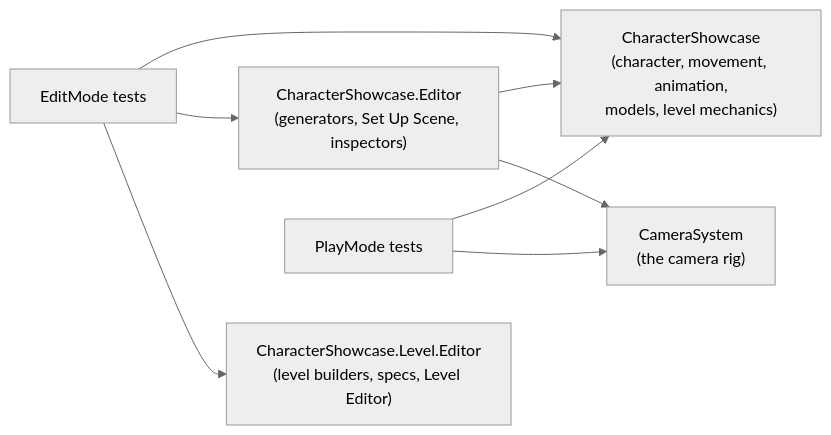
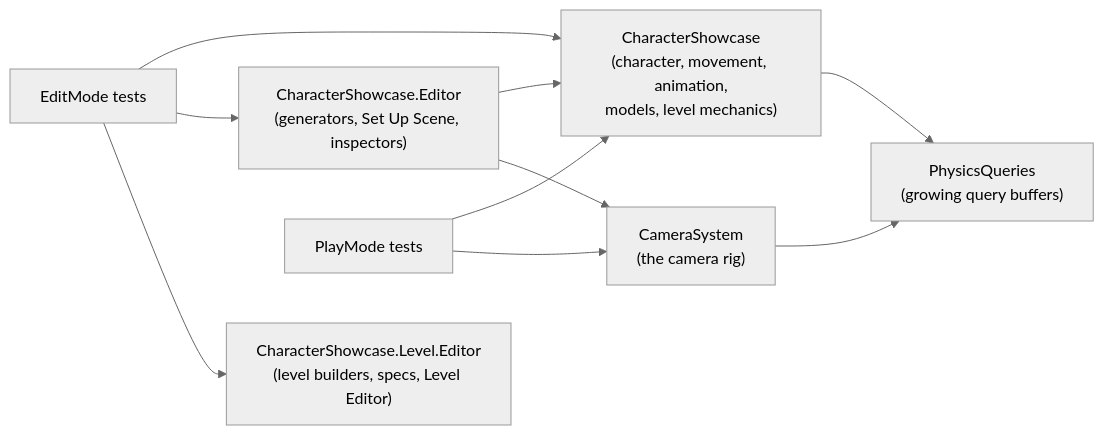
Before and after one commit to HOMMUSVAMPIRE/Character-Showcase: the second of 2 diagrams in docs/architecture.md, drawn with Mermaid (neutral theme). The commit also changed other lines of this file and 50 other files, not shown here.

````diff
--- a/docs/architecture.md
+++ b/docs/architecture.md
@@ -47,10 +47,12 @@
 ```mermaid
 flowchart LR
     Editor["CharacterShowcase.Editor<br/>(generators, Set Up Scene, inspectors)"] --> Showcase["CharacterShowcase<br/>(character, movement, animation,<br/>models, level mechanics)"]
     Editor --> Camera["CameraSystem<br/>(the camera rig)"]
     EditTests["EditMode tests"] --> Showcase
     EditTests --> Editor
     EditTests --> LevelEditor["CharacterShowcase.Level.Editor<br/>(level builders, specs, Level Editor)"]
     PlayTests["PlayMode tests"] --> Showcase
     PlayTests --> Camera
+    Showcase --> Queries["PhysicsQueries<br/>(growing query buffers)"]
+    Camera --> Queries
 ```
````
